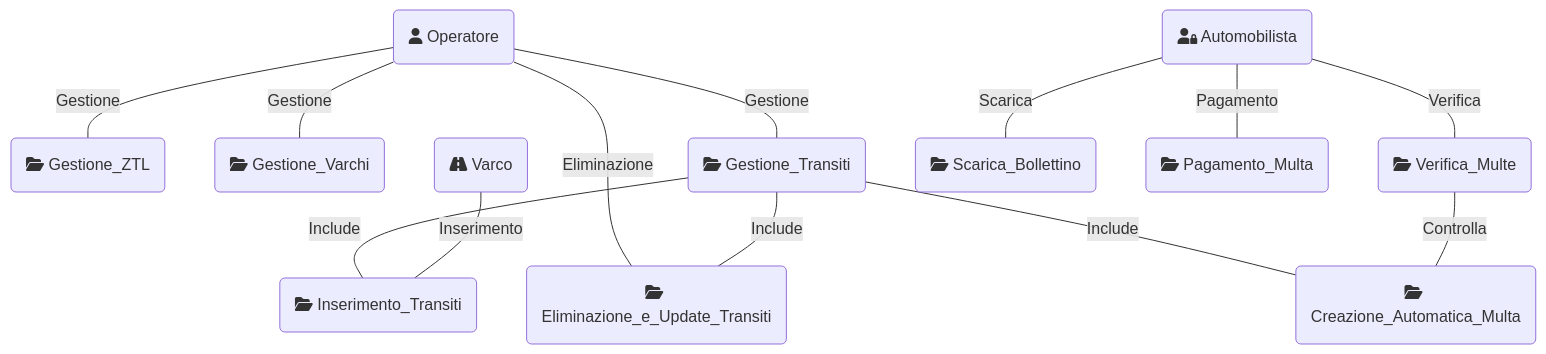
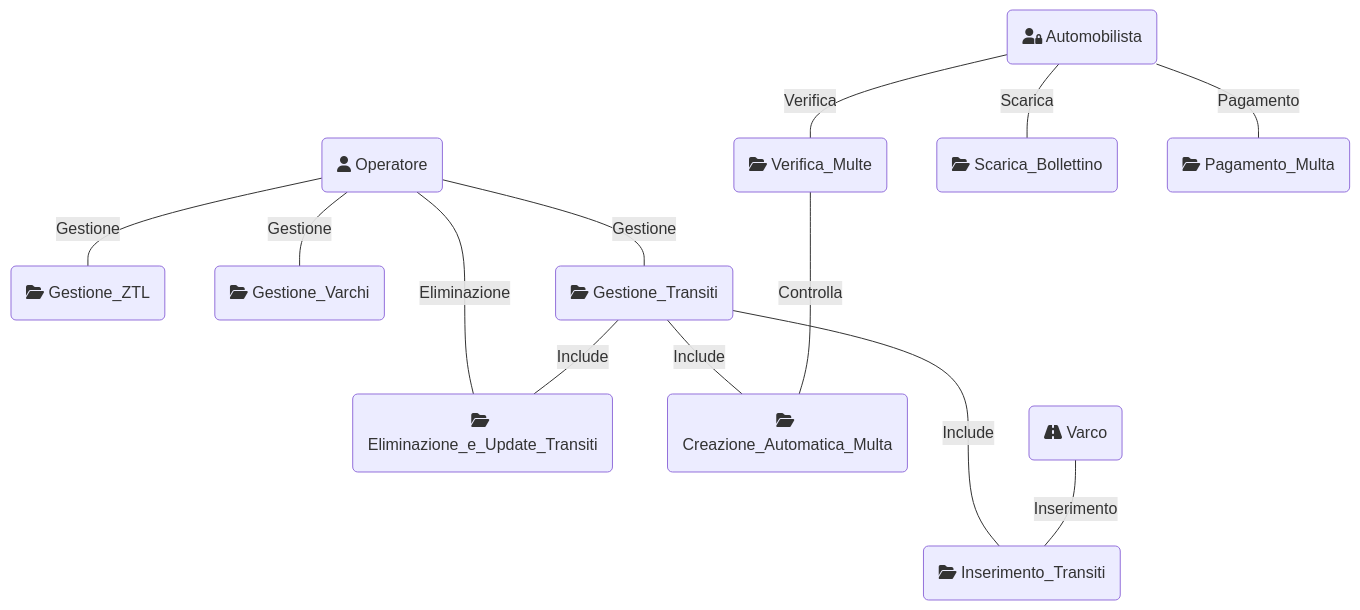
One commit to Arianna6400/Adv_Prog changed the second of 2 diagrams in README.md. Above: the diagram before and after it, drawn with Mermaid. The commit also changed other lines of this file and 4 other files, not shown here.

````diff
--- a/README.md
+++ b/README.md
@@ -11,18 +38,18 @@
 ```mermaid
 graph TD
     Operatore(fa:fa-user Operatore) ---|Gestione| GestioneZTL(fa:fa-folder-open Gestione_ZTL)
     Operatore ---|Gestione| GestioneVarchi(fa:fa-folder-open Gestione_Varchi)
     Operatore ---|Gestione| GestioneTransiti(fa:fa-folder-open Gestione_Transiti)
     Operatore ---|Eliminazione| EliminazioneTransiti(fa:fa-folder-open Eliminazione_e_Update_Transiti)
 
-    GestioneTransiti ---|Include| InserimentoTransiti(fa:fa-folder-open Inserimento_Transiti)
+    GestioneTransiti ----|Include| InserimentoTransiti(fa:fa-folder-open Inserimento_Transiti)
     GestioneTransiti ---|Include| EliminazioneTransiti
     GestioneTransiti ---|Include| CreazioneAutomaticaMulta(fa:fa-folder-open Creazione_Automatica_Multa)
     Varco(fa:fa-road Varco) ---|Inserimento| InserimentoTransiti
 
     Automobilista(fa:fa-user-lock Automobilista) ---|Verifica| VerificaMulte(fa:fa-folder-open Verifica_Multe)
     Automobilista ---|Scarica| ScaricaBollettino(fa:fa-folder-open Scarica_Bollettino)
     Automobilista ---|Pagamento| PagamentoMulta(fa:fa-folder-open Pagamento_Multa)
 
-    VerificaMulte ---|Controlla| CreazioneAutomaticaMulta
+    VerificaMulte ----|Controlla| CreazioneAutomaticaMulta
 ```
````
